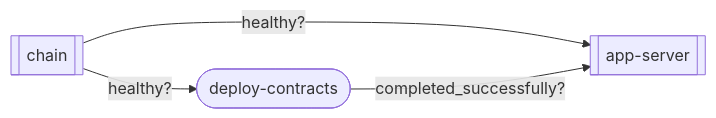
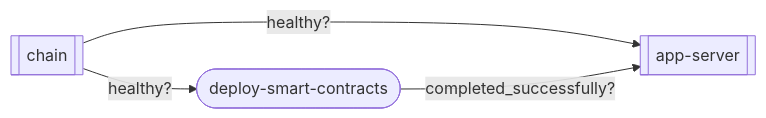
One commit to LNSD/seahaven-project changed the diagram in README.md. Above: the diagram before and after it, drawn with Mermaid. The commit also changed other lines of this file and 1 other file, not shown here.

````diff
--- a/README.md
+++ b/README.md
@@ -65,10 +67,10 @@
 ```mermaid
 flowchart LR
   A[[chain]];
   B[[app-server]];  
-  C([deploy-contracts]);
+  C([deploy-smart-contracts]);
   
   A -- healthy? --> C;
   A -- healthy? --> B;
   C -- completed_successfully? --> B;
 ```
````
